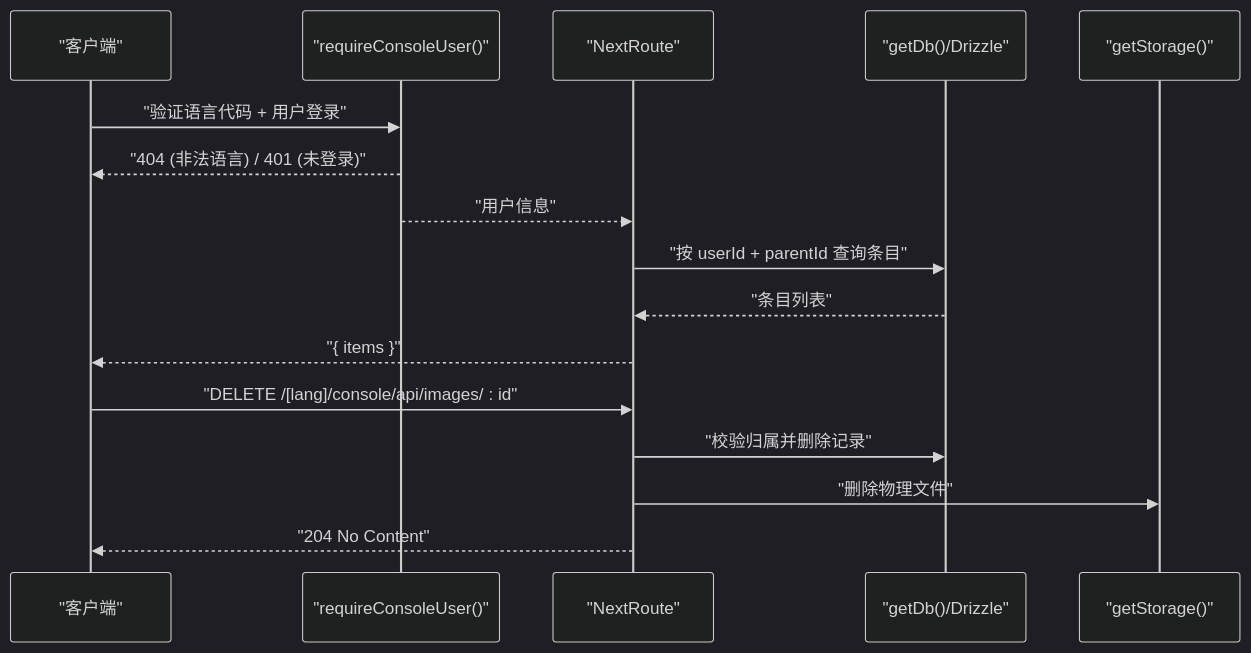
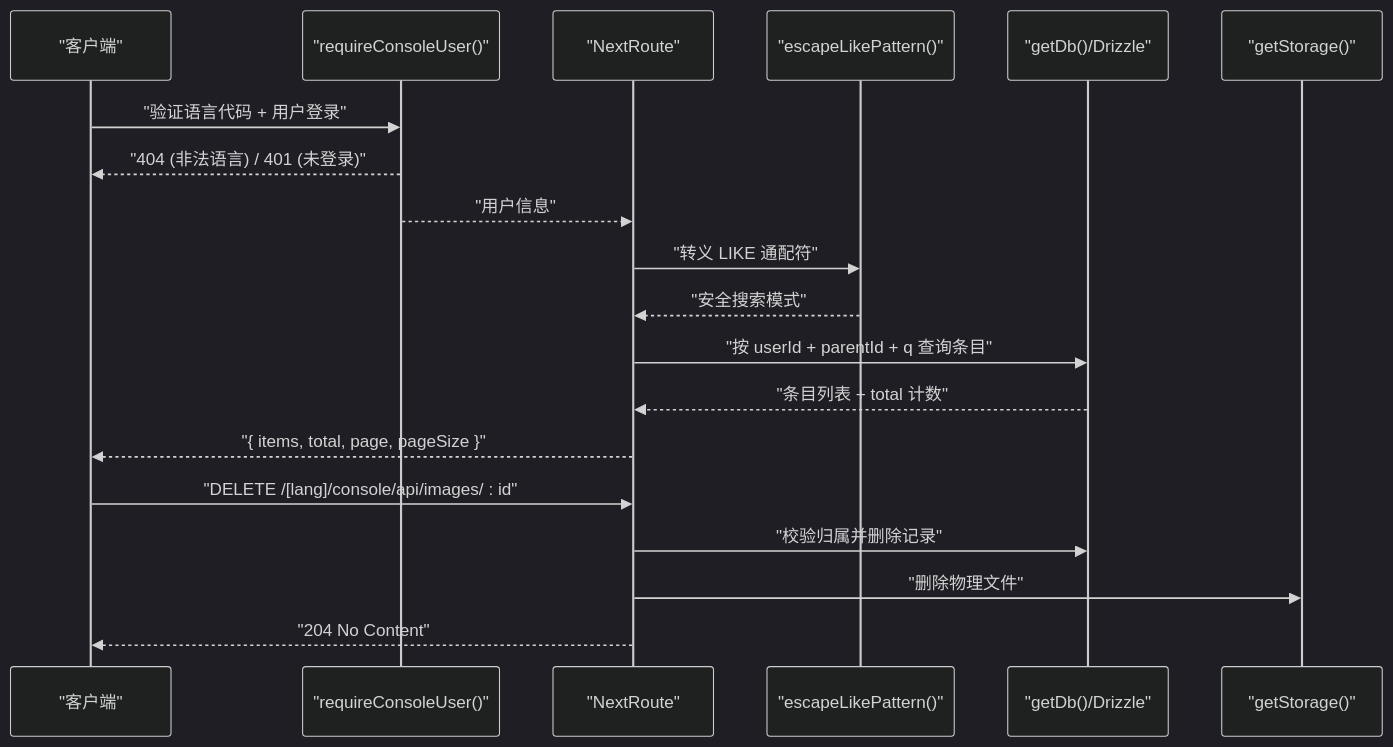
One commit to pnnh/weable changed the second of 3 diagrams in .qoder/repowiki/zh/content/API 接口文档/图片管理 API.md. Above: the diagram before and after it, drawn with Mermaid (dark theme). The commit also changed other lines of this file and 154 other files, not shown here.

````diff
--- a/.qoder/repowiki/zh/content/API 接口文档/图片管理 API.md
+++ b/.qoder/repowiki/zh/content/API 接口文档/图片管理 API.md
@@ -128,18 +139,21 @@
 ```mermaid
 sequenceDiagram
 participant Client as "客户端"
 participant Gate as "requireConsoleUser()"
 participant Route as "NextRoute"
+participant Search as "escapeLikePattern()"
 participant DB as "getDb()/Drizzle"
 participant Store as "getStorage()"
 Client->>Gate : "验证语言代码 + 用户登录"
 Gate-->>Client : "404 (非法语言) / 401 (未登录)"
 Gate-->>Route : "用户信息"
-Route->>DB : "按 userId + parentId 查询条目"
-DB-->>Route : "条目列表"
-Route-->>Client : "{ items }"
+Route->>Search : "转义 LIKE 通配符"
+Search-->>Route : "安全搜索模式"
+Route->>DB : "按 userId + parentId + q 查询条目"
+DB-->>Route : "条目列表 + total 计数"
+Route-->>Client : "{ items, total, page, pageSize }"
 Client->>Route : "DELETE /[lang]/console/api/images/ : id"
 Route->>DB : "校验归属并删除记录"
 Route->>Store : "删除物理文件"
 Route-->>Client : "204 No Content"
 ```
````
